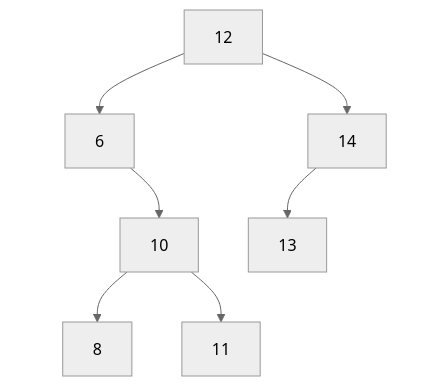
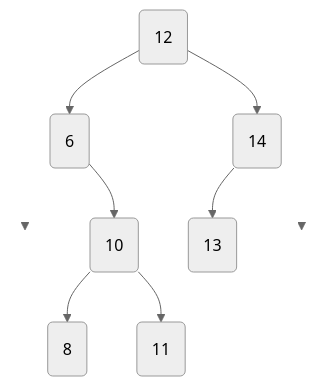
The second of 15 diagrams in docs/Annales/Corriges/23-NSIZERO-A.md (nsimeyroneinc/NSITerm2024), drawn with Mermaid (neutral theme) before and after one commit. The commit also changed other lines of this file and 1309 other files, not shown here.

````diff
--- a/docs/Annales/Corriges/23-NSIZERO-A.md
+++ b/docs/Annales/Corriges/23-NSIZERO-A.md
@@ -122,15 +127,16 @@
-    ```mermaid
-        graph TD
-        S12["12"] --> S6["6"]
-        S12 --> S14["14"]
-        S6 --> V1[" "]
-        S6 --> S10["10"]
-        S10 --> S8["8"]
-        S10 --> S11["11"]
-        S14 --> S13["13"]
-        S14 --> V3[" "]
-        style V1 opacity:0;
-        style V3 opacity:0;
-        linkStyle 2 stroke:#FFFFFF,stroke-width:0px
-        linkStyle 7 stroke:#FFFFFF,stroke-width:0px
-    ```
+        ```mermaid
+            graph TD
+            N("12") --> Ng("6")
+            N       --> Nd("14")
+            Ng --> Ngg(" ")
+            Ng --> Ngd("10")
+            Ngd --> Ngdg("8")
+            Ngd --> Ngdd("11")
+            Nd --> Ndg("13")
+            Nd --> Ndd(" ")
+            style Ngg fill:none, stroke-width:0px
+            style Ndd fill:none, stroke-width:0px
+            
+            linkStyle 2 stroke-width:0px
+            linkStyle 7 stroke-width:0px
+        ```
````
